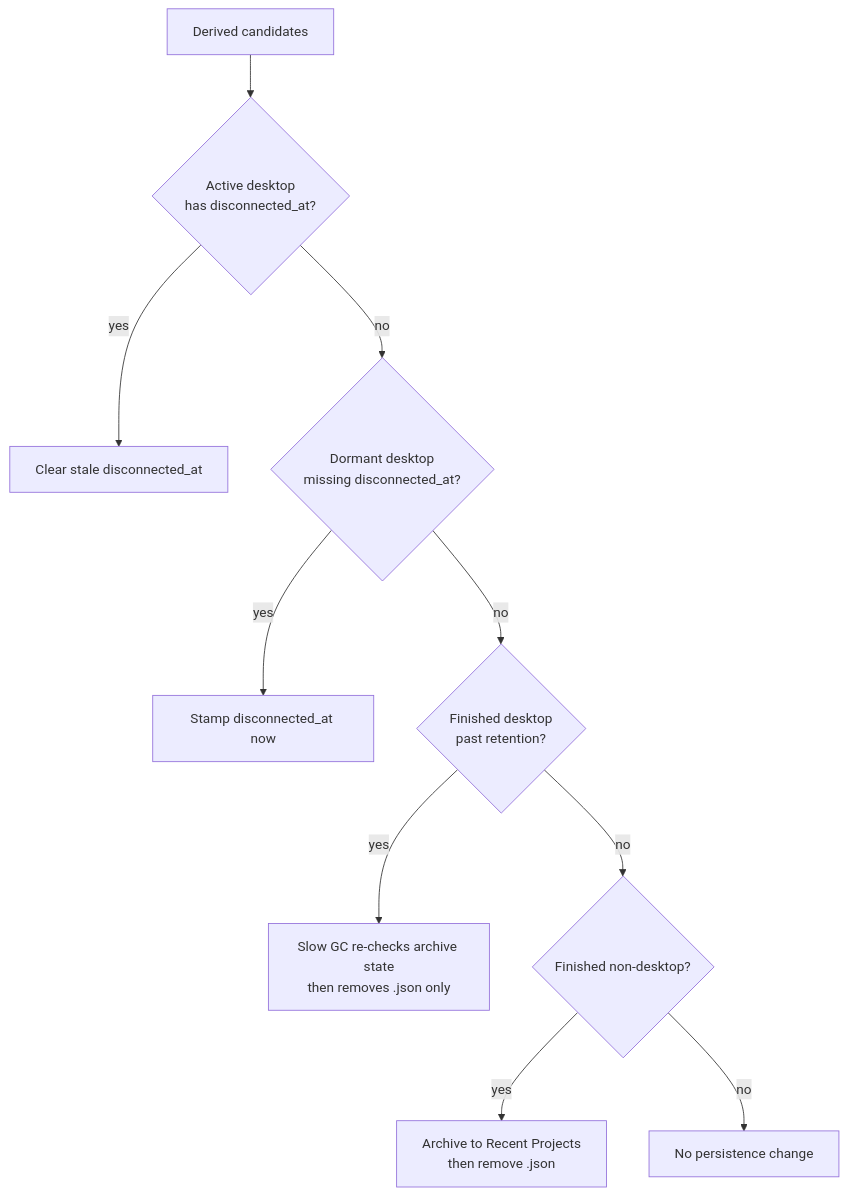
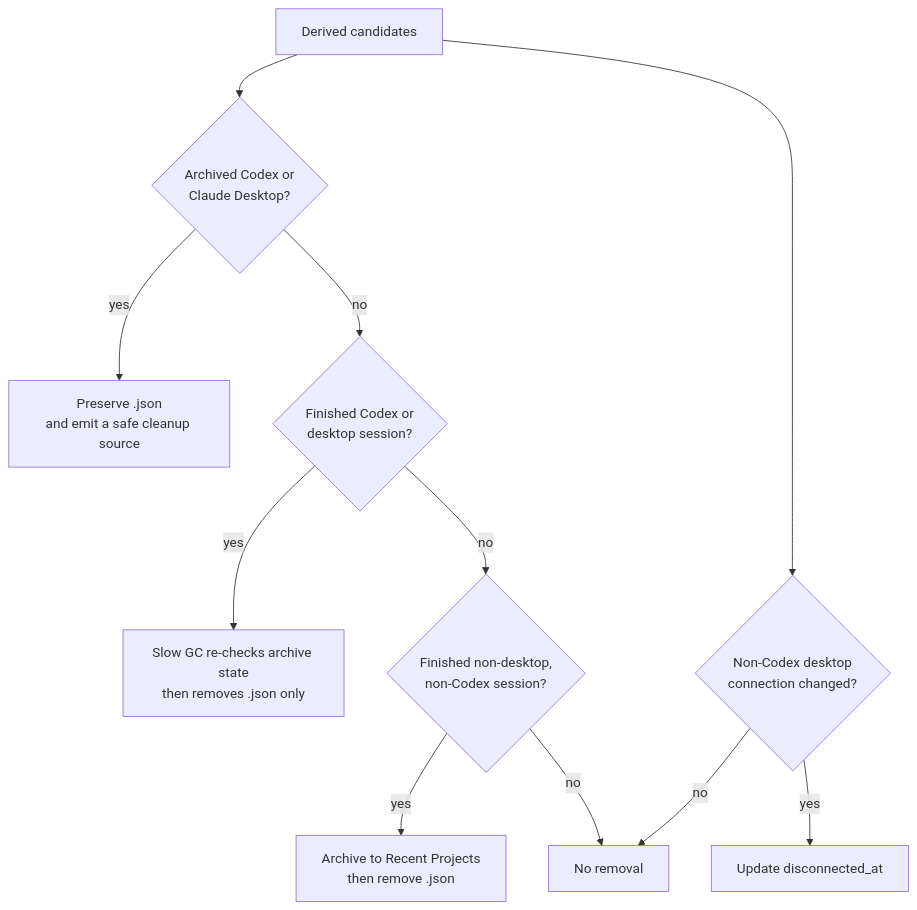
One commit to st0012/cctop changed the third of 3 diagrams in docs/session-lifecycle.md. Above: the diagram before and after it, drawn with Mermaid. The commit also changed other lines of this file and 1 other file, not shown here.

Commit message:
Document unified Codex session lifecycle

````diff
--- a/docs/session-lifecycle.md
+++ b/docs/session-lifecycle.md
@@ -59,15 +65,14 @@
 ```mermaid
 flowchart TD
-    A["Derived candidates"] --> B{"Active desktop<br/>has disconnected_at?"}
-    B -->|yes| C["Clear stale disconnected_at"]
-    B -->|no| D{"Dormant desktop<br/>missing disconnected_at?"}
+    A["Derived candidates"] --> B{"Archived Codex or<br/>Claude Desktop?"}
+    B -->|yes| C["Preserve .json<br/>and emit a safe cleanup source"]
+    B -->|no| D{"Finished Codex or<br/>desktop session?"}
+    D -->|yes| E["Slow GC re-checks archive state<br/>then removes .json only"]
+    D -->|no| F{"Finished non-desktop,<br/>non-Codex session?"}
+    F -->|yes| G["Archive to Recent Projects<br/>then remove .json"]
+    F -->|no| H["No removal"]
 
-    D -->|yes| E["Stamp disconnected_at now"]
-    D -->|no| F{"Finished desktop<br/>past retention?"}
-
-    F -->|yes| G["Slow GC re-checks archive state<br/>then removes .json only"]
-    F -->|no| H{"Finished non-desktop?"}
-
-    H -->|yes| I["Archive to Recent Projects<br/>then remove .json"]
-    H -->|no| J["No persistence change"]
+    A --> I{"Non-Codex desktop<br/>connection changed?"}
+    I -->|yes| J["Update disconnected_at"]
+    I -->|no| H
 ```
````
